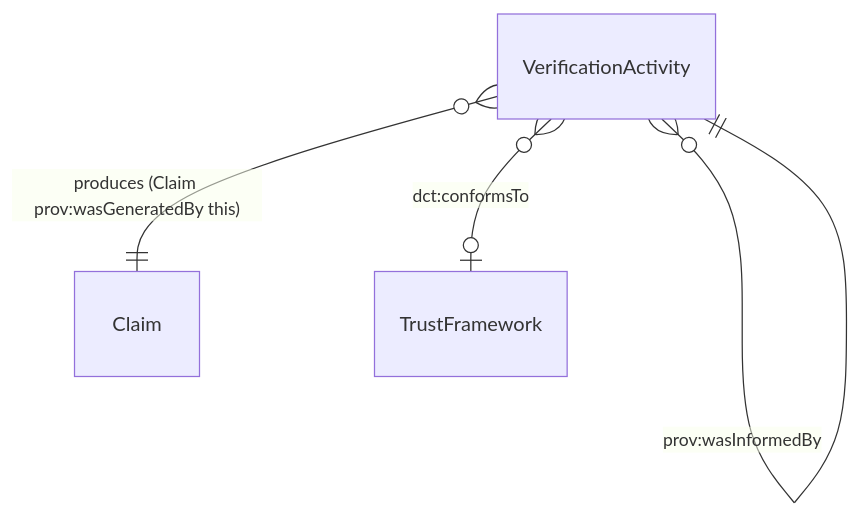
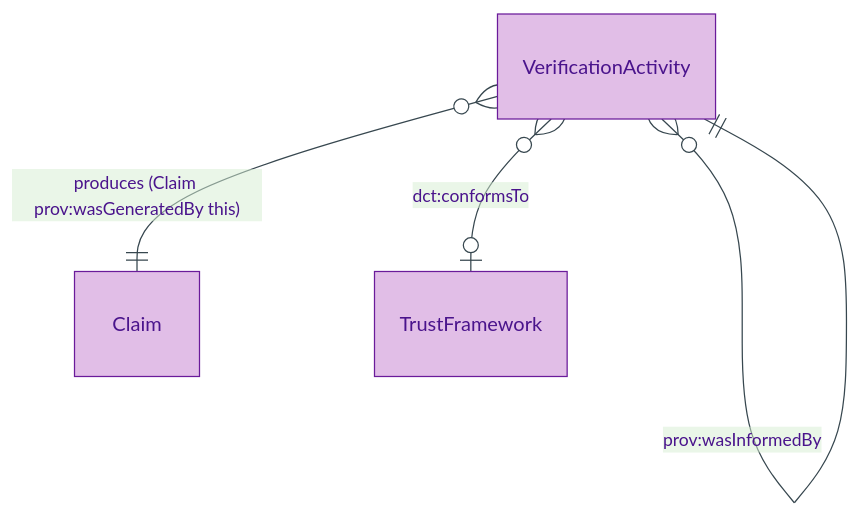
The diagram in docs/manual/logical/claim/verification-activity.md (sparkling/opda), drawn with Mermaid before and after one commit. The commit also changed other lines of this file and 179 other files, not shown here.

First line of the commit message:
docs(manual): Logical-tier diagram expansion via /diagramming skill

````diff
--- a/docs/manual/logical/claim/verification-activity.md
+++ b/docs/manual/logical/claim/verification-activity.md
@@ -32,6 +37,10 @@
 ```mermaid
+%%{init: {"theme": "base", "themeVariables": {"primaryColor": "#E1BEE7", "primaryTextColor": "#4A148C", "primaryBorderColor": "#6A1B9A", "lineColor": "#37474F"}}}%%
 erDiagram
+    accTitle: VerificationActivity — Entity-Relationship Diagram
+    accDescr: Direct-neighbour view of VerificationActivity — produces Claim via PROV-O wasGeneratedBy, optionally conformsTo a TrustFramework, and chained via prov:wasInformedBy for re-verifications.
+
     VerificationActivity }o--|| Claim : "produces (Claim prov:wasGeneratedBy this)"
     VerificationActivity }o--o| TrustFramework : "dct:conformsTo"
     VerificationActivity }o--|| VerificationActivity : "prov:wasInformedBy"
 ```
````
